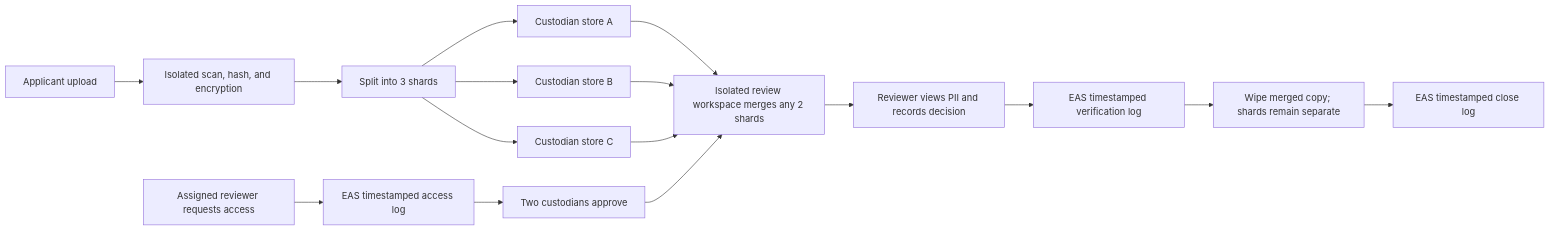
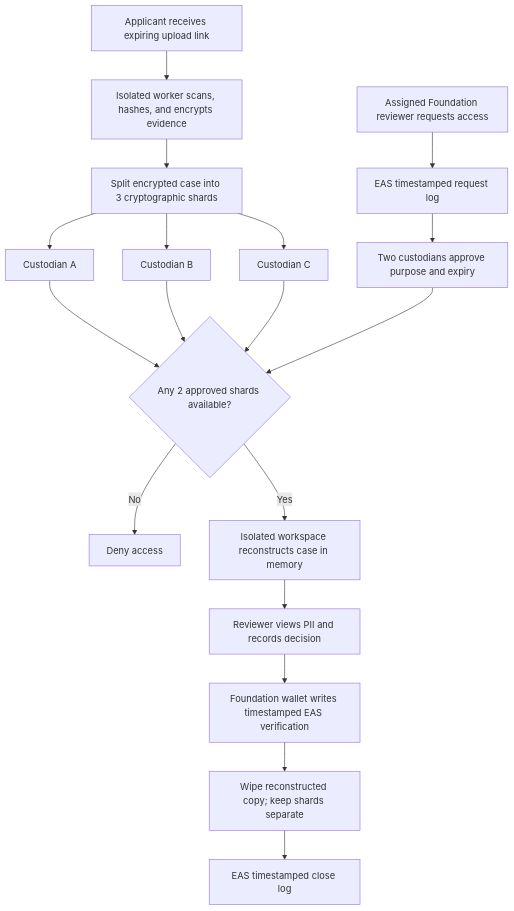
The fifth of 7 diagrams in README.md (AlexJupiter/tibetan-id), drawn with Mermaid before and after one commit. The commit also changed other lines of this file, not shown here.

Commit message:
Simplify architecture and lead with flows

````diff
--- a/README.md
+++ b/README.md
@@ -155,18 +147,20 @@
 ```mermaid
-flowchart LR
-    A[Applicant upload] --> B[Isolated scan, hash, and encryption]
-    B --> C[Split into 3 shards]
-    C --> D[Custodian store A]
-    C --> E[Custodian store B]
-    C --> F[Custodian store C]
-    G[Assigned reviewer requests access] --> H[EAS timestamped access log]
-    H --> I[Two custodians approve]
-    D --> J[Isolated review workspace merges any 2 shards]
+flowchart TD
+    A[Applicant receives expiring upload link] --> B[Isolated worker scans, hashes, and encrypts evidence]
+    B --> C[Split encrypted case into 3 cryptographic shards]
+    C --> D[Custodian A]
+    C --> E[Custodian B]
+    C --> F[Custodian C]
+    G[Assigned Foundation reviewer requests access] --> H[EAS timestamped request log]
+    H --> I[Two custodians approve purpose and expiry]
+    D --> J{Any 2 approved shards available?}
     E --> J
     F --> J
     I --> J
-    J --> K[Reviewer views PII and records decision]
-    K --> L[EAS timestamped verification log]
-    L --> M[Wipe merged copy; shards remain separate]
-    M --> N[EAS timestamped close log]
+    J -->|No| K[Deny access]
+    J -->|Yes| L[Isolated workspace reconstructs case in memory]
+    L --> M[Reviewer views PII and records decision]
+    M --> N[Foundation wallet writes timestamped EAS verification]
+    N --> O[Wipe reconstructed copy; keep shards separate]
+    O --> P[EAS timestamped close log]
 ```
````
